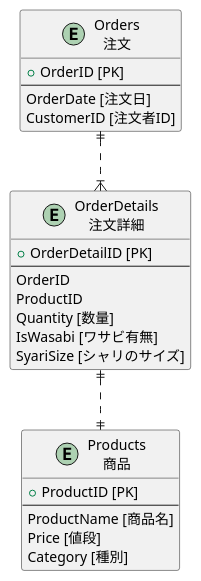
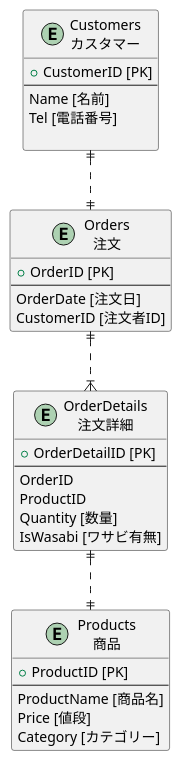
The diagram in 1_DB/1_DB_Modeling/Task2/tables.pu (baron7151/praha-challenge), drawn with PlantUML before and after one commit. The commit also changed 5 other files, not shown here.

```diff
--- a/1_DB/1_DB_Modeling/Task2/tables.pu
+++ b/1_DB/1_DB_Modeling/Task2/tables.pu
@@ -1,30 +1,38 @@
 @startuml tables
 entity products as "Products\n商品" {
   + ProductID [PK]
   --
   ProductName [商品名]
   Price [値段]
-  Category [種別]
+  Category [カテゴリー]
 }
 
 entity orderdetails as "OrderDetails\n注文詳細" {
   + OrderDetailID [PK]
   --
   OrderID 
   ProductID 
   Quantity [数量]
   IsWasabi [ワサビ有無]
-  SyariSize [シャリのサイズ]
 }
 
 entity orders as "Orders\n注文" {
   + OrderID [PK]
   --
   OrderDate [注文日]
   CustomerID [注文者ID]
 }
 
+entity customers as "Customers\nカスタマー"{
+  + CustomerID [PK]
+  --
+  Name [名前]
+  Tel [電話番号]
+
+}
+
 orders ||..|{ orderdetails
 orderdetails ||..|| products
+customers ||..|| orders
 
 @enduml
```
